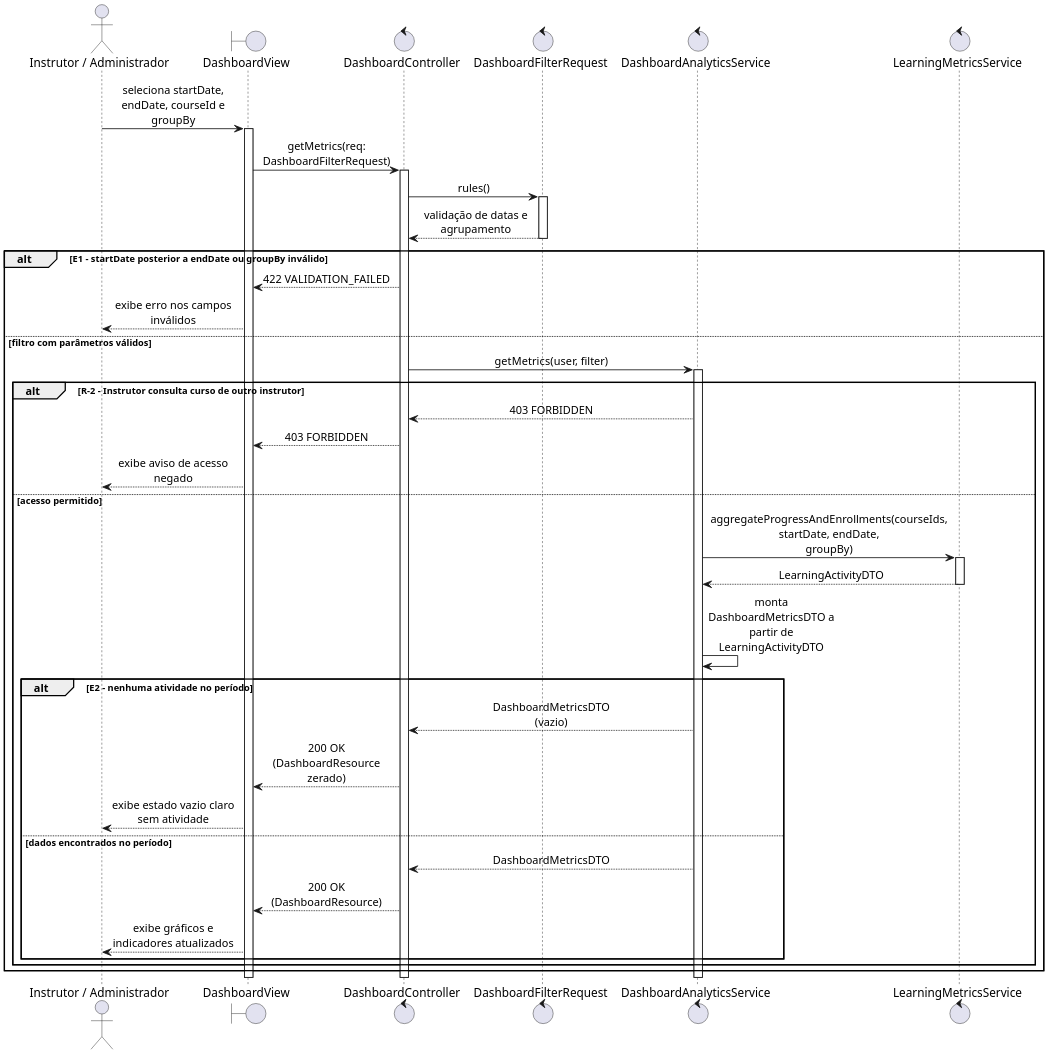
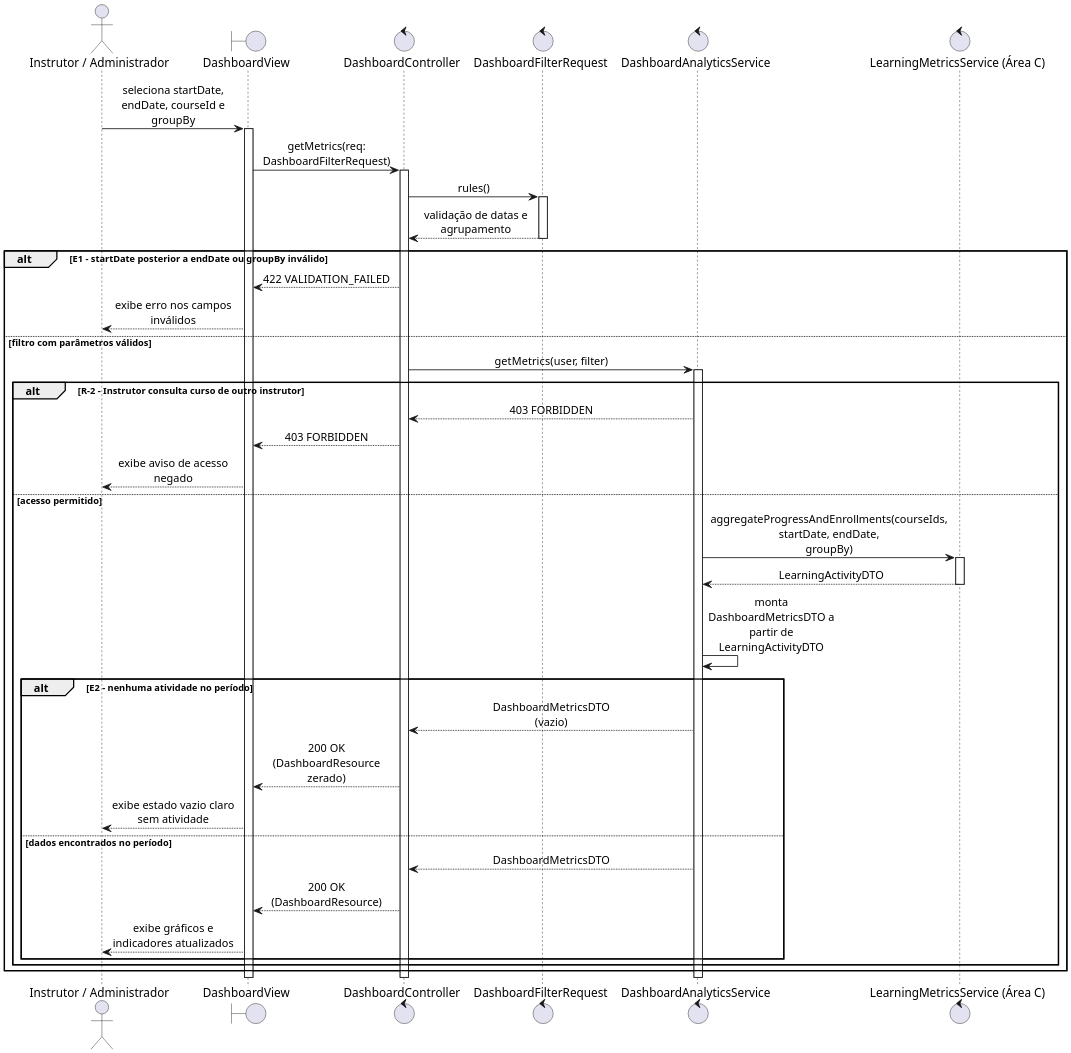
The diagram in scripts/drawio-seqgen/exemplos/14-sequencia-uc007.puml (Plataforma-de-Cursos-TCC/plataforma-cursos-docs), drawn with PlantUML before and after one commit. The commit also changed 1 other file, not shown here.

Commit message:
chore(drawio-seqgen): ignore the "(Área X)" suffix when choosing the role icon
A participant such as "LearningMetricsService (Área C)" no longer fails the
name suffix test, so it keeps the icon of its role. Same script in all areas.

```diff
--- a/scripts/drawio-seqgen/exemplos/14-sequencia-uc007.puml
+++ b/scripts/drawio-seqgen/exemplos/14-sequencia-uc007.puml
@@ -4,45 +4,45 @@
 @startuml 14-sequencia-uc007
 skinparam shadowing false
 skinparam dpi 192
 skinparam defaultFontName Arial
 skinparam sequenceMessageAlign center
 skinparam responseMessageBelowArrow true
 skinparam wrapMessageWidth 170
 skinparam BoxPadding 8
 
 actor "Instrutor / Administrador" as USU
 boundary DashboardView as V
 control DashboardController as C
 control DashboardFilterRequest as Q
 control DashboardAnalyticsService as S
-control LearningMetricsService as LM
+control "LearningMetricsService (Área C)" as LM
 
 USU -> V ++ : seleciona startDate, endDate, courseId e groupBy
 V -> C ++ : getMetrics(req: DashboardFilterRequest)
 C -> Q ++ : rules()
 Q --> C -- : validação de datas e agrupamento
 alt E1 - startDate posterior a endDate ou groupBy inválido
   C --> V : 422 VALIDATION_FAILED
   V --> USU : exibe erro nos campos inválidos
 else filtro com parâmetros válidos
   C -> S ++ : getMetrics(user, filter)
   alt R-2 - Instrutor consulta curso de outro instrutor
     S --> C : 403 FORBIDDEN
     C --> V : 403 FORBIDDEN
     V --> USU : exibe aviso de acesso negado
   else acesso permitido
     S -> LM ++ : aggregateProgressAndEnrollments(courseIds, startDate, endDate, groupBy)
     LM --> S -- : LearningActivityDTO
     S -> S : monta DashboardMetricsDTO a partir de LearningActivityDTO
     alt E2 - nenhuma atividade no período
       S --> C : DashboardMetricsDTO (vazio)
       C --> V : 200 OK (DashboardResource zerado)
       V --> USU : exibe estado vazio claro sem atividade
     else dados encontrados no período
       S --> C : DashboardMetricsDTO
       C --> V : 200 OK (DashboardResource)
       V --> USU : exibe gráficos e indicadores atualizados
     end
   end
 end
 @enduml
```
